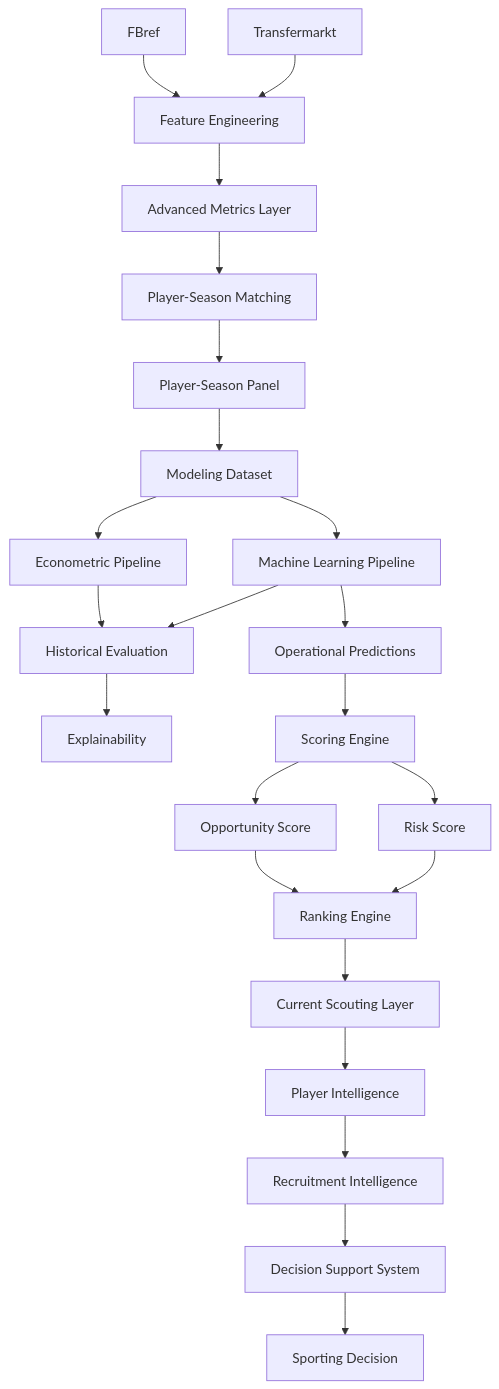
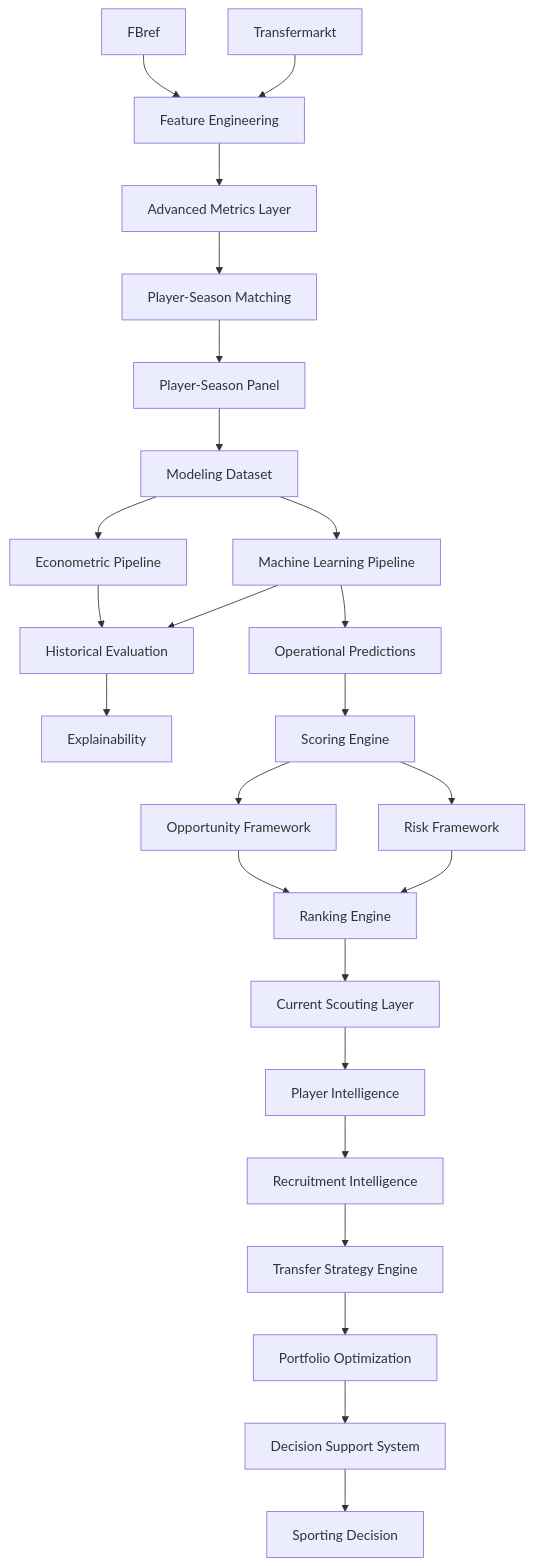
One commit to manuelpeba/market-value-football-tfm changed the diagram in docs/pipeline_reference.md. Above: the diagram before and after it, drawn with Mermaid. The commit also changed other lines of this file and 8 other files, not shown here.

Commit message:
docs: complete Sprint 14 Transfer Strategy Engine documentation

````diff
--- a/docs/pipeline_reference.md
+++ b/docs/pipeline_reference.md
@@ -133,45 +177,49 @@
 ```mermaid
 flowchart TD
 
 A[FBref]
 --> C[Feature Engineering]
 
 B[Transfermarkt]
 --> C
 
 C --> D[Advanced Metrics Layer]
 
 D --> E[Player-Season Matching]
 
 E --> F[Player-Season Panel]
 
 F --> G[Modeling Dataset]
 
 G --> H[Econometric Pipeline]
 G --> I[Machine Learning Pipeline]
 
 H --> J[Historical Evaluation]
 I --> J
 
 J --> K[Explainability]
 
 I --> L[Operational Predictions]
 
 L --> M[Scoring Engine]
 
-M --> N[Opportunity Score]
-M --> O[Risk Score]
+M --> N[Opportunity Framework]
+M --> O[Risk Framework]
 
 N --> P[Ranking Engine]
 O --> P
 
 P --> Q[Current Scouting Layer]
 
 Q --> R[Player Intelligence]
 
 R --> S[Recruitment Intelligence]
 
-S --> T[Decision Support System]
+S --> T[Transfer Strategy Engine]
 
-T --> U[Sporting Decision]
+T --> U[Portfolio Optimization]
+
+U --> V[Decision Support System]
+
+V --> W[Sporting Decision]
 ```
````
